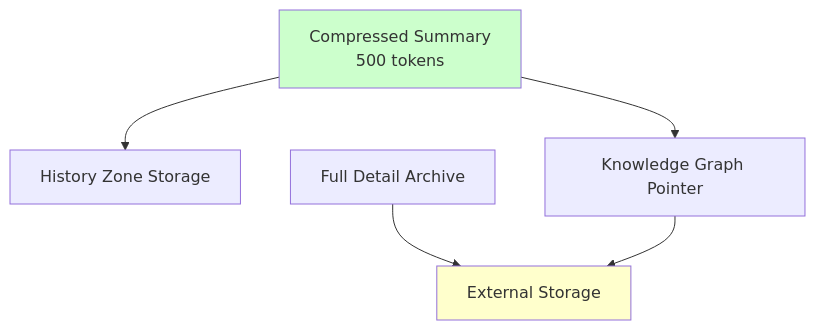
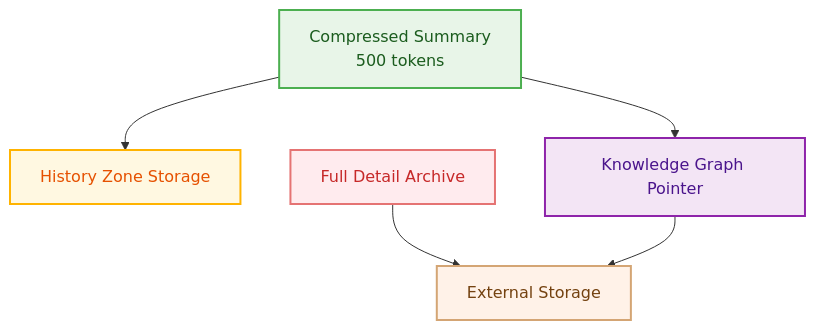
Before and after one commit to raphaelmansuy/digital_palace: the ninth of 17 diagrams in reference/technical-articles/2025-06-29-context-management-llm-agents.md, drawn with Mermaid. The commit also changed other lines of this file, not shown here.

Commit message:
feat: enhance flowchart styles for improved visual clarity and consistency

````diff
--- a/reference/technical-articles/2025-06-29-context-management-llm-agents.md
+++ b/reference/technical-articles/2025-06-29-context-management-llm-agents.md
@@ -316,11 +355,14 @@
 ```mermaid
 flowchart TD
     A[Compressed Summary<br/>500 tokens] --> B[History Zone Storage]
     A --> C[Knowledge Graph Pointer]
     
     D[Full Detail Archive] --> E[External Storage]
     C --> E
     
-    style A fill:#ccffcc
-    style E fill:#ffffcc
+    style A fill:#E8F5E8,stroke:#4CAF50,stroke-width:2px,color:#1B5C1E
+    style B fill:#FFF8E1,stroke:#FFB300,stroke-width:2px,color:#E65100
+    style C fill:#F3E5F5,stroke:#8E24AA,stroke-width:2px,color:#4A148C
+    style D fill:#FFEBEE,stroke:#E57373,stroke-width:2px,color:#C62828
+    style E fill:#FFF2E8,stroke:#D4A574,stroke-width:2px,color:#744210
 ```
````
